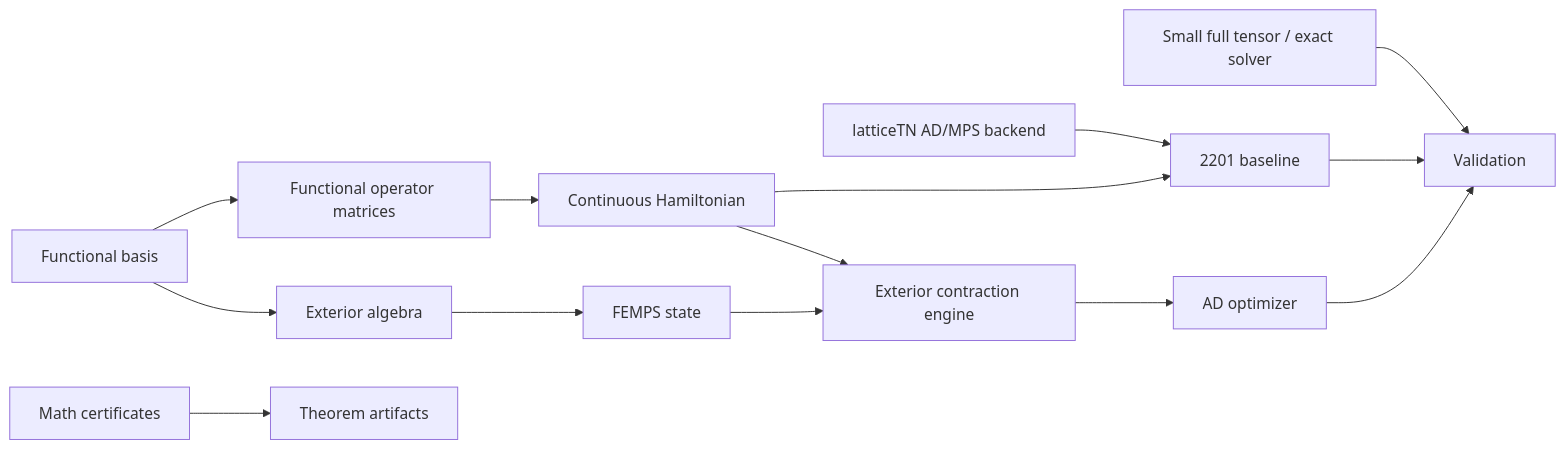
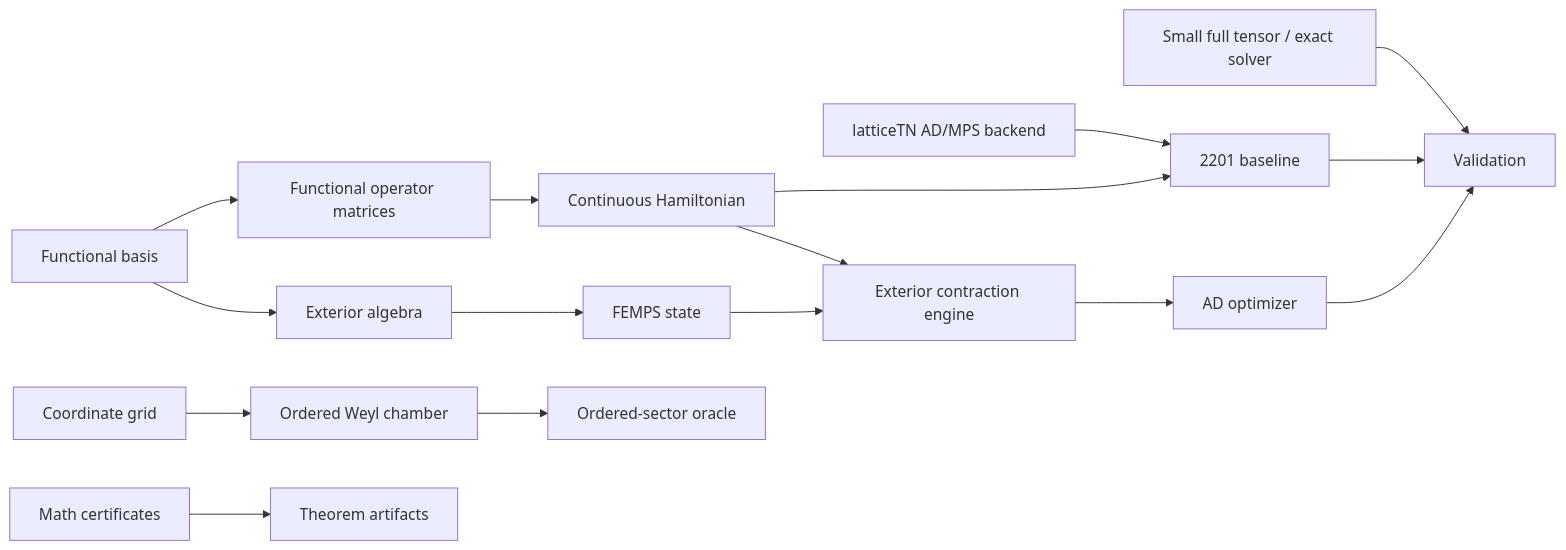
The diagram in docs/ARCHITECTURE.md (intproduct/FEMPS), drawn with Mermaid before and after one commit. The commit also changed other lines of this file and 16 other files, not shown here.

````diff
--- a/docs/ARCHITECTURE.md
+++ b/docs/ARCHITECTURE.md
@@ -3,16 +3,18 @@
 ```mermaid
 flowchart LR
     Basis[Functional basis] --> Operators[Functional operator matrices]
     Operators --> Hamiltonian[Continuous Hamiltonian]
     Basis --> Exterior[Exterior algebra]
     Exterior --> State[FEMPS state]
+    Grid[Coordinate grid] --> Ordered[Ordered Weyl chamber]
+    Ordered --> OrderedOracle[Ordered-sector oracle]
     Lattice[latticeTN AD/MPS backend] --> Baseline[2201 baseline]
     Hamiltonian --> Baseline
     Hamiltonian --> Contract[Exterior contraction engine]
     State --> Contract
     Contract --> Optimizer[AD optimizer]
     Reference[Small full tensor / exact solver] --> Validation[Validation]
     Baseline --> Validation
     Optimizer --> Validation
     Certificates[Math certificates] --> Theory[Theorem artifacts]
 ```
````
